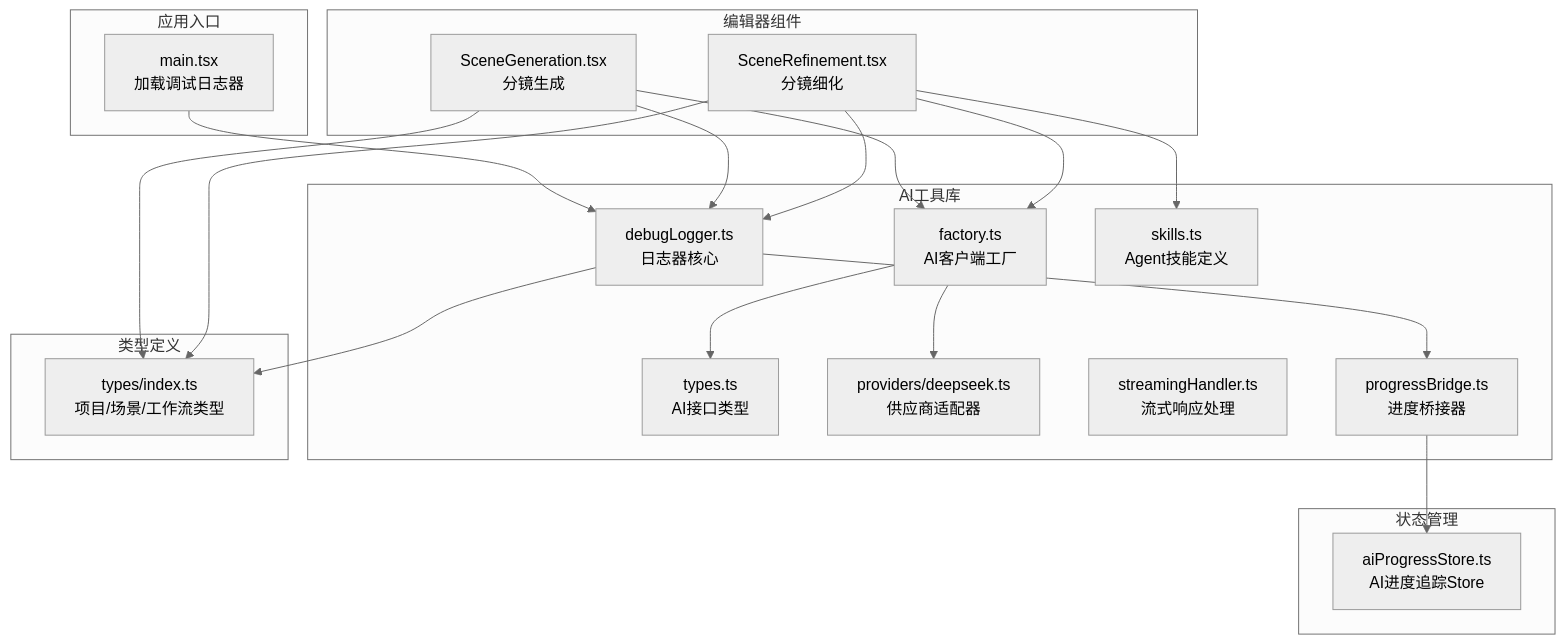
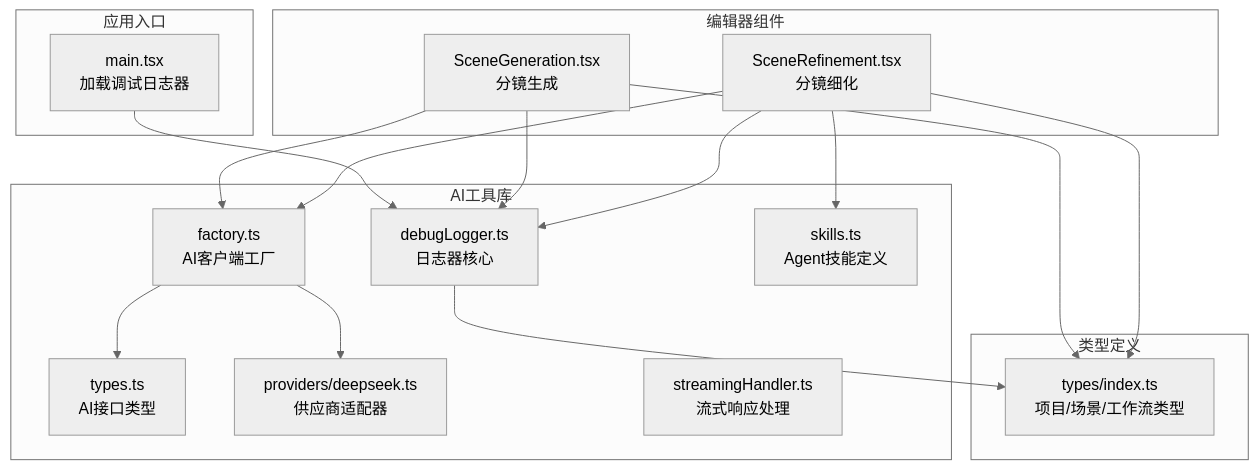
The first of 7 diagrams in .qoder/repowiki/zh/content/技术架构/AI调试日志器.md (leonaiuv/aixsss), drawn with Mermaid (neutral theme) before and after one commit. The commit also changed other lines of this file and 24 other files, not shown here.

````diff
--- a/.qoder/repowiki/zh/content/技术架构/AI调试日志器.md
+++ b/.qoder/repowiki/zh/content/技术架构/AI调试日志器.md
@@ -45,38 +39,32 @@
 ```mermaid
 graph TB
 subgraph "应用入口"
 M["main.tsx<br/>加载调试日志器"]
 end
 subgraph "AI工具库"
 D["debugLogger.ts<br/>日志器核心"]
 F["factory.ts<br/>AI客户端工厂"]
 T["types.ts<br/>AI接口类型"]
 S["skills.ts<br/>Agent技能定义"]
 P["providers/deepseek.ts<br/>供应商适配器"]
 H["streamingHandler.ts<br/>流式响应处理"]
-PB["progressBridge.ts<br/>进度桥接器"]
-end
-subgraph "状态管理"
-APS["aiProgressStore.ts<br/>AI进度追踪Store"]
 end
 subgraph "编辑器组件"
 SG["SceneGeneration.tsx<br/>分镜生成"]
 SR["SceneRefinement.tsx<br/>分镜细化"]
 end
 subgraph "类型定义"
 IT["types/index.ts<br/>项目/场景/工作流类型"]
 end
 M --> D
 SG --> D
 SR --> D
 SG --> F
 SR --> F
 F --> T
 F --> P
 SR --> S
 SG --> IT
 SR --> IT
 D --> IT
-D --> PB
-PB --> APS
 ```
````
